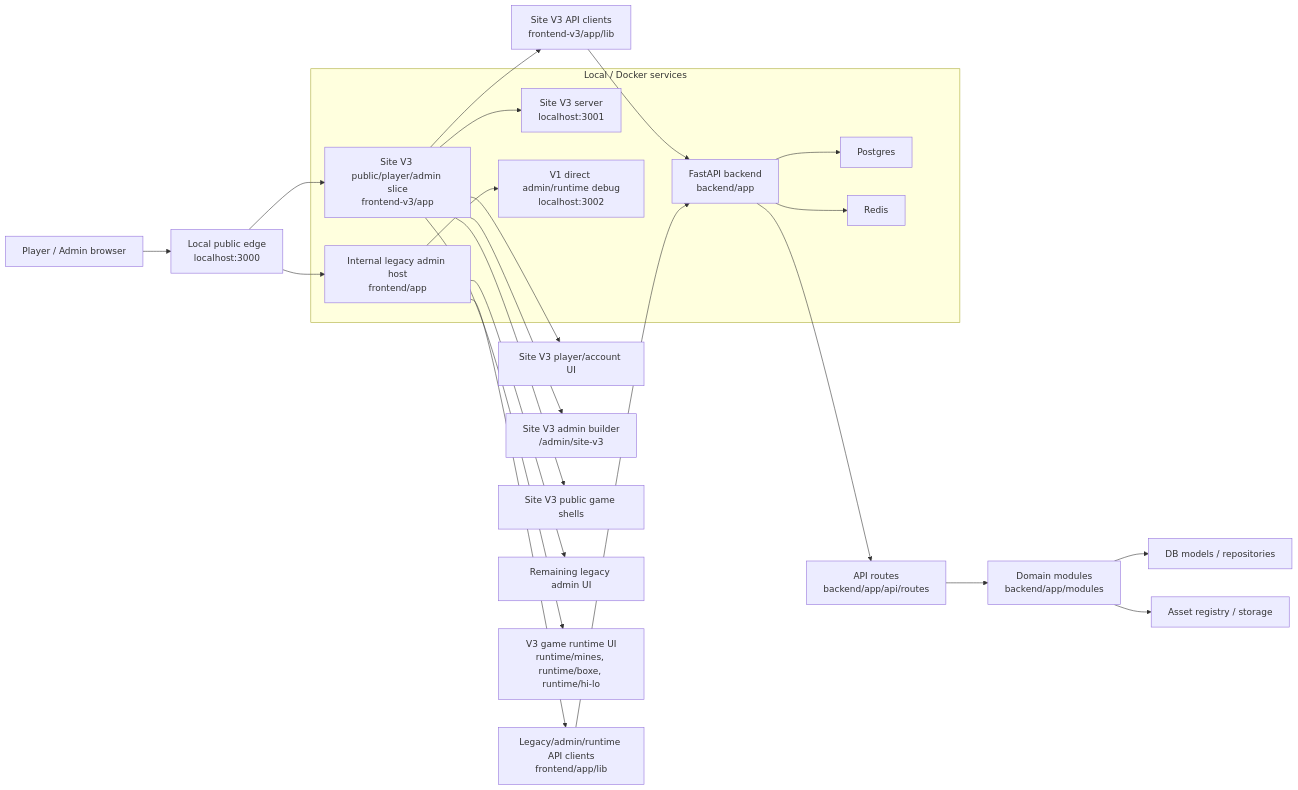
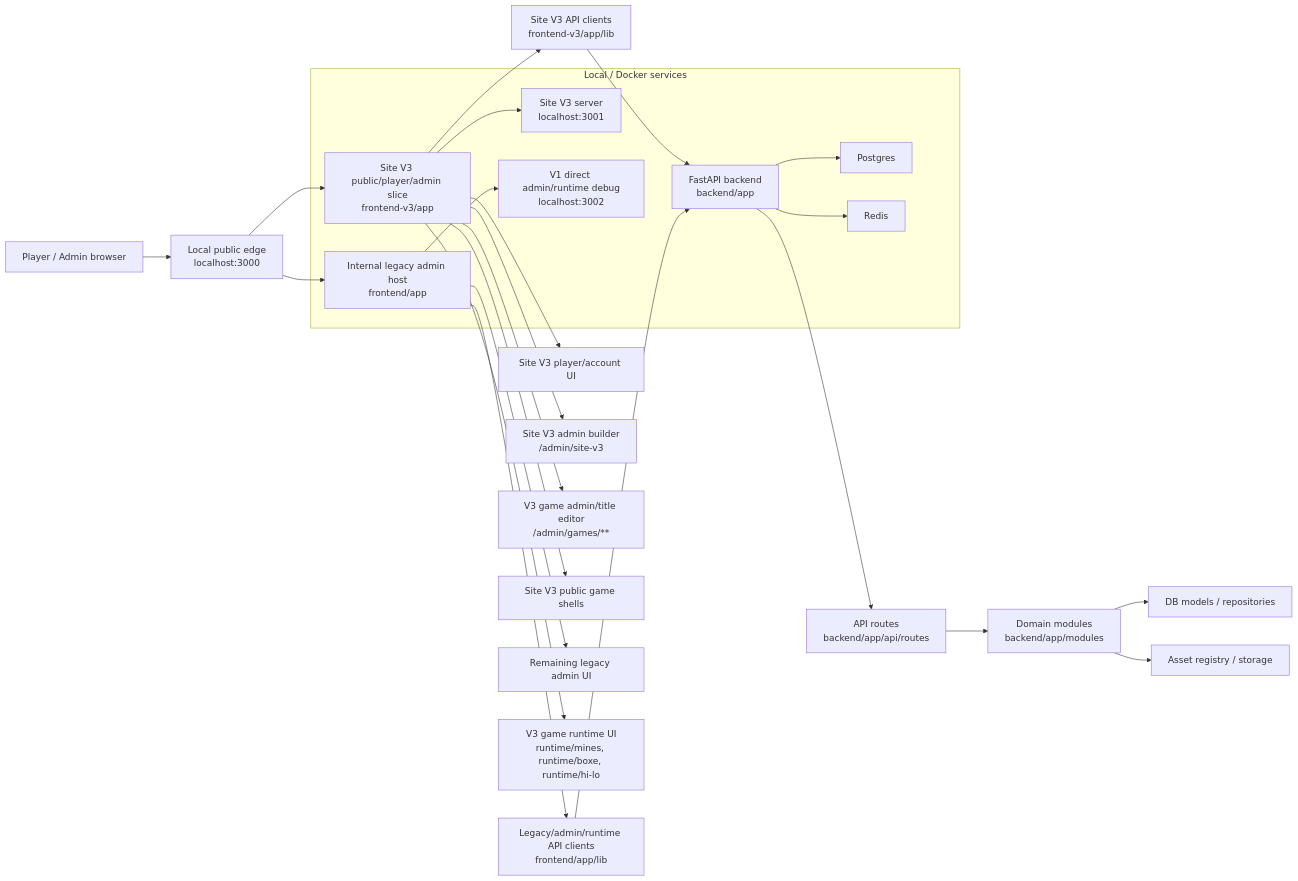
Before and after one commit to moromike/casinoking-platform: the first of 11 diagrams in docs/CODE_ARCHITECTURE_MERMAID_MAP_2026-05-22.md, drawn with Mermaid. The commit also changed other lines of this file and 54 other files, not shown here.

Commit message:
feat(site-v3): move game admin to v3

````diff
--- a/docs/CODE_ARCHITECTURE_MERMAID_MAP_2026-05-22.md
+++ b/docs/CODE_ARCHITECTURE_MERMAID_MAP_2026-05-22.md
@@ -25,28 +25,29 @@
 ```mermaid
 flowchart LR
   User["Player / Admin browser"] --> Edge["Local public edge<br/>localhost:3000"]
   Edge --> FEv3["Site V3 public/player/admin slice<br/>frontend-v3/app"]
   Edge --> FEv1["Internal legacy admin host<br/>frontend/app"]
   FEv3 --> APIClientV3["Site V3 API clients<br/>frontend-v3/app/lib"]
   FEv1 --> APIClientV1["Legacy/admin/runtime API clients<br/>frontend/app/lib"]
   APIClientV3 --> BE["FastAPI backend<br/>backend/app"]
   APIClientV1 --> BE
 
   subgraph Docker["Local / Docker services"]
     BE --> PG["Postgres"]
     BE --> Redis["Redis"]
     FEv3 --> NextV3["Site V3 server<br/>localhost:3001"]
     FEv1 --> NextV1["V1 direct admin/runtime debug<br/>localhost:3002"]
   end
 
   BE --> Routes["API routes<br/>backend/app/api/routes"]
   Routes --> Modules["Domain modules<br/>backend/app/modules"]
   Modules --> DB["DB models / repositories"]
   Modules --> Assets["Asset registry / storage"]
 
   FEv3 --> PlayerUI["Site V3 player/account UI"]
   FEv3 --> SiteV3AdminUI["Site V3 admin builder<br/>/admin/site-v3"]
+  FEv3 --> GameAdminUI["V3 game admin/title editor<br/>/admin/games/**"]
   FEv3 --> GameShellUI["Site V3 public game shells"]
   FEv1 --> AdminUI["Remaining legacy admin UI"]
   FEv3 --> RuntimeUI["V3 game runtime UI<br/>runtime/mines, runtime/boxe, runtime/hi-lo"]
 ```
````
